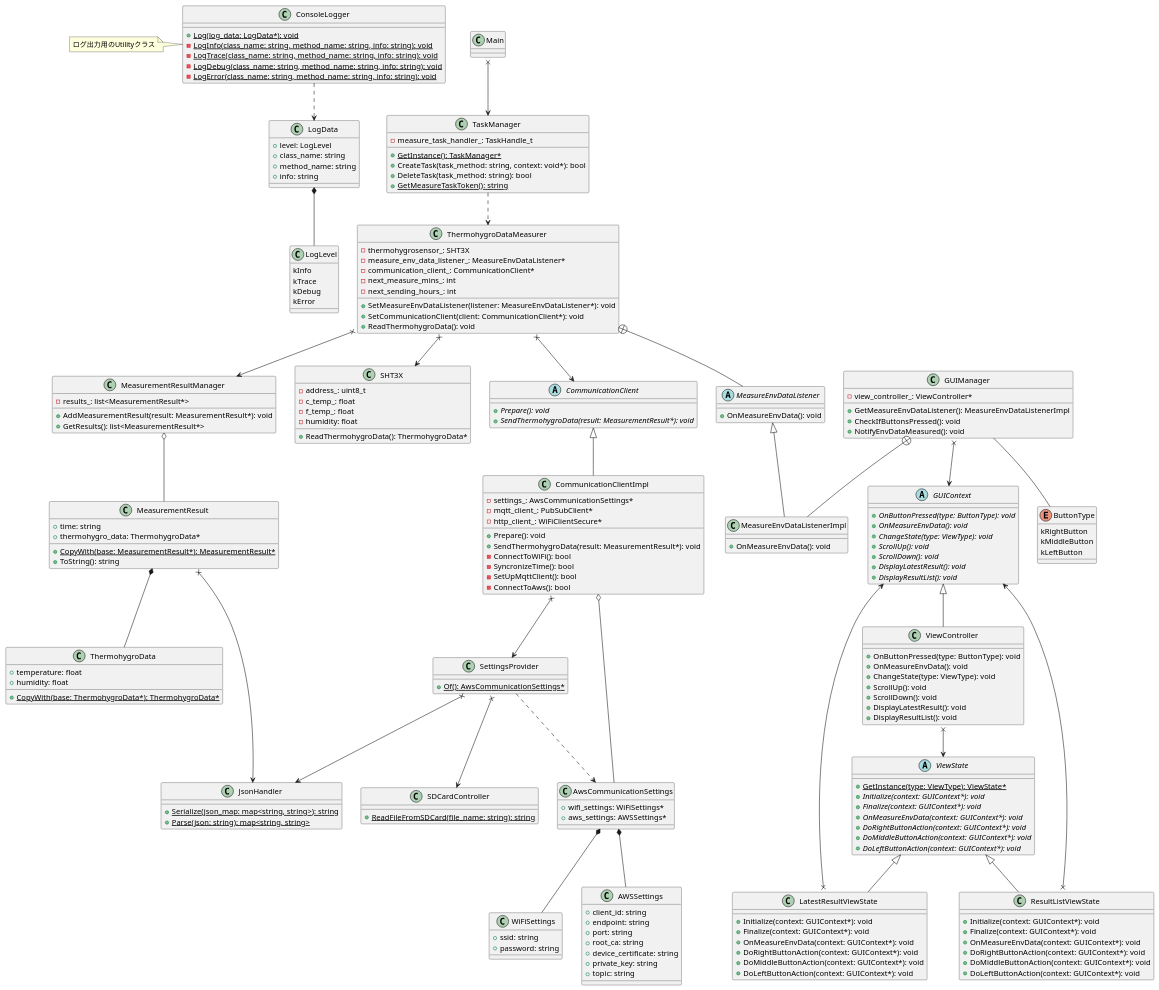
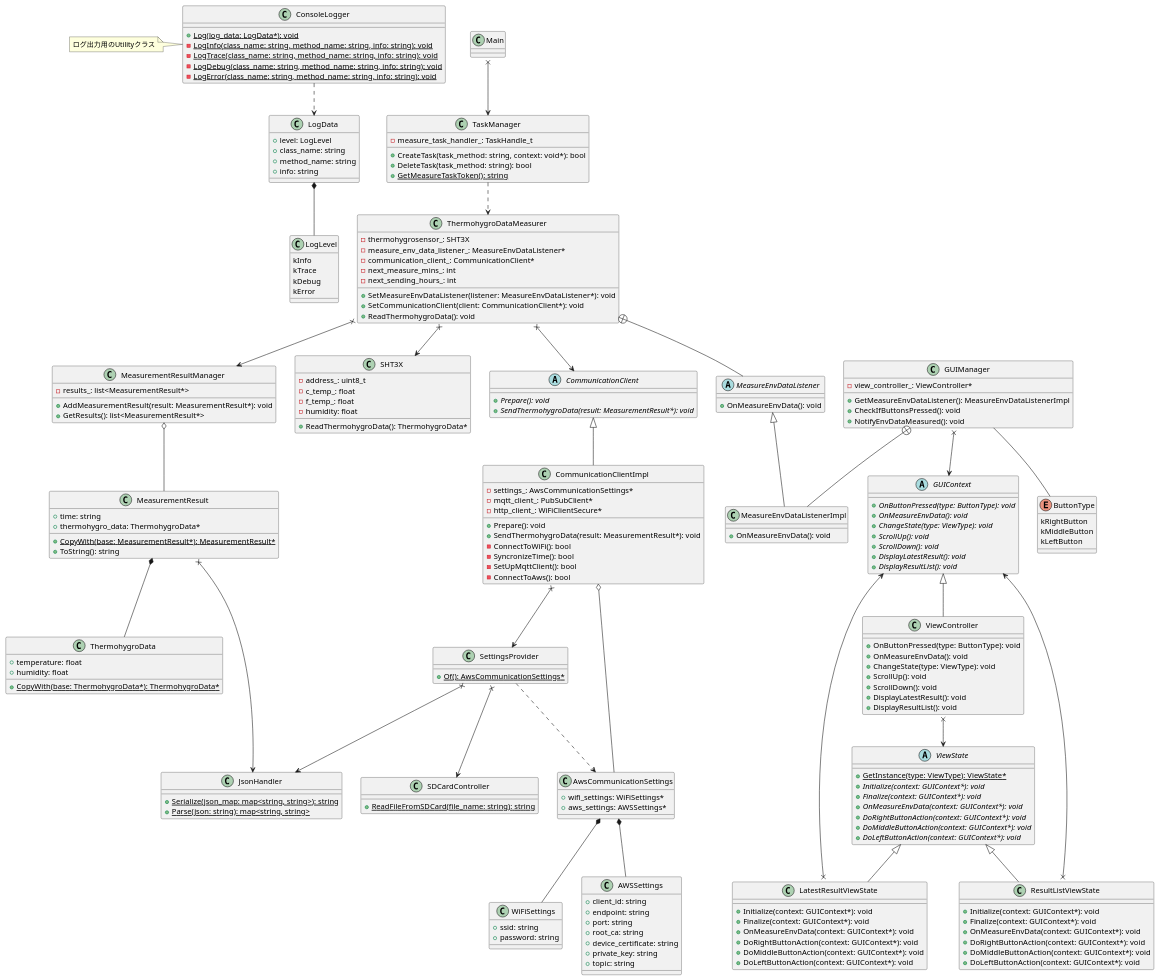
One commit to chukeblo/thermohygrometer changed the diagram in DesignDocs/M5StackThermohygrometer/class_diagram.pu. Above: the diagram before and after it, drawn with PlantUML.

Commit message:
modify class diagram on TaskManager

```diff
--- a/DesignDocs/M5StackThermohygrometer/class_diagram.pu
+++ b/DesignDocs/M5StackThermohygrometer/class_diagram.pu
@@ -178,7 +178,6 @@
 class TaskManager {
     - measure_task_handler_: TaskHandle_t
 
-    + {static} GetInstance(): TaskManager*
     + CreateTask(task_method: string, context: void*): bool
     + DeleteTask(task_method: string): bool
     + {static} GetMeasureTaskToken(): string
```
